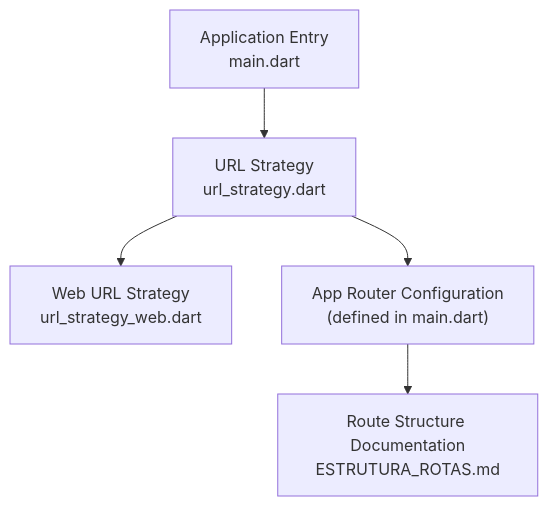
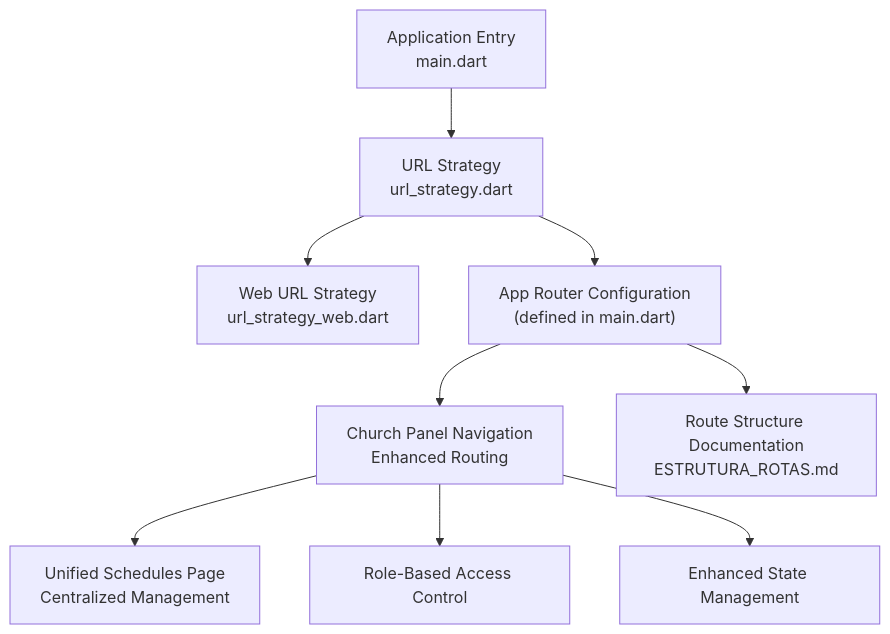
Before and after one commit to raihom-netizen/com.gestaoyahwehios.app: the first of 3 diagrams in .qoder/repowiki/en/content/Core Modules/Navigation Framework.md, drawn with Mermaid. The commit also changed other lines of this file and 161 other files, not shown here.

````diff
--- a/.qoder/repowiki/en/content/Core Modules/Navigation Framework.md
+++ b/.qoder/repowiki/en/content/Core Modules/Navigation Framework.md
@@ -32,7 +43,11 @@
 ```mermaid
 graph TB
 Main["Application Entry<br/>main.dart"] --> URLStrategy["URL Strategy<br/>url_strategy.dart"]
 URLStrategy --> URLStrategyWeb["Web URL Strategy<br/>url_strategy_web.dart"]
 URLStrategy --> AppRouter["App Router Configuration<br/>(defined in main.dart)"]
+AppRouter --> ChurchPanel["Church Panel Navigation<br/>Enhanced Routing"]
+ChurchPanel --> SchedulesPage["Unified Schedules Page<br/>Centralized Management"]
+ChurchPanel --> AuthCheck["Role-Based Access Control"]
+ChurchPanel --> StateManager["Enhanced State Management"]
 AppRouter --> RoutesDoc["Route Structure Documentation<br/>ESTRUTURA_ROTAS.md"]
 ```
````
